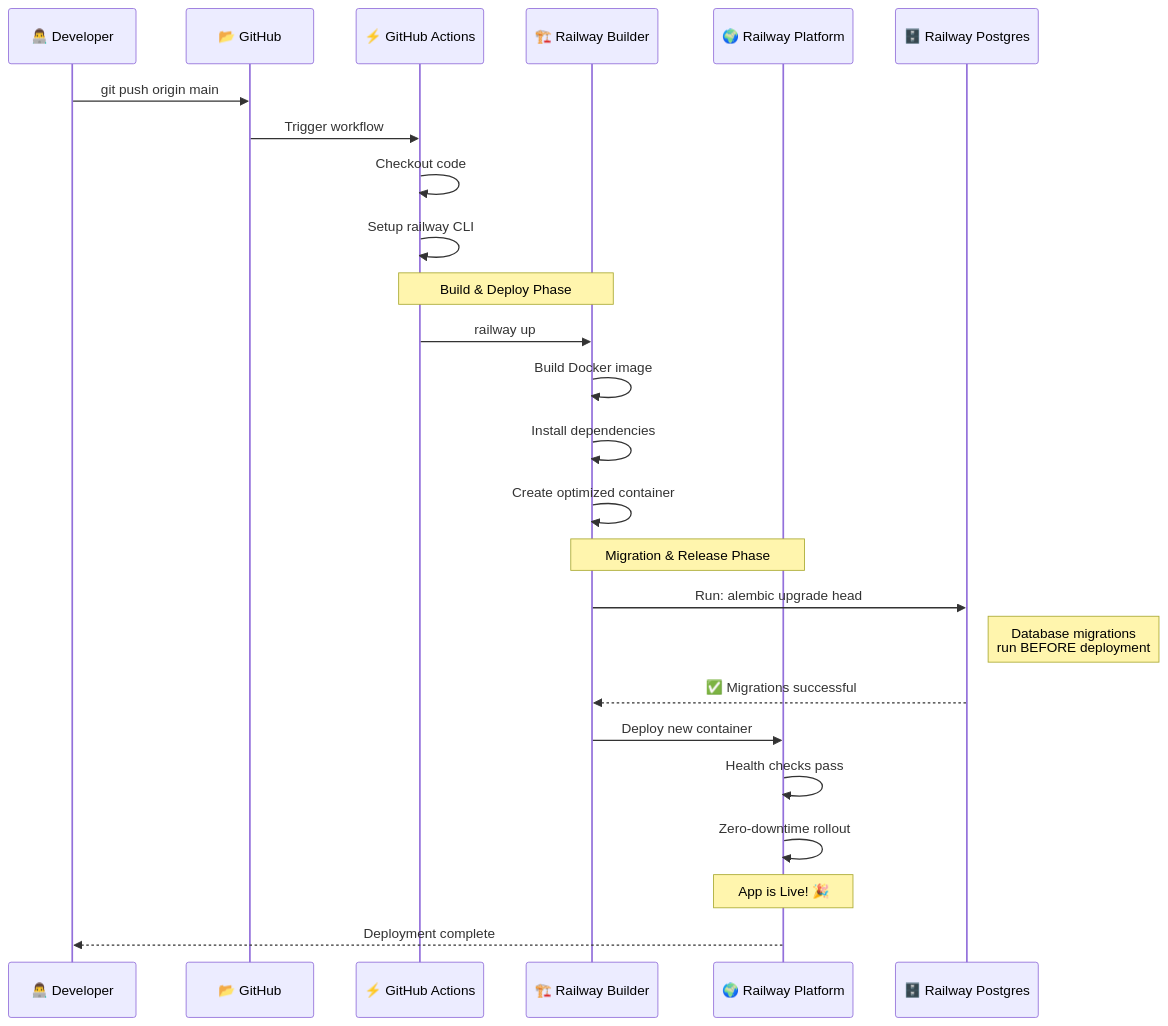
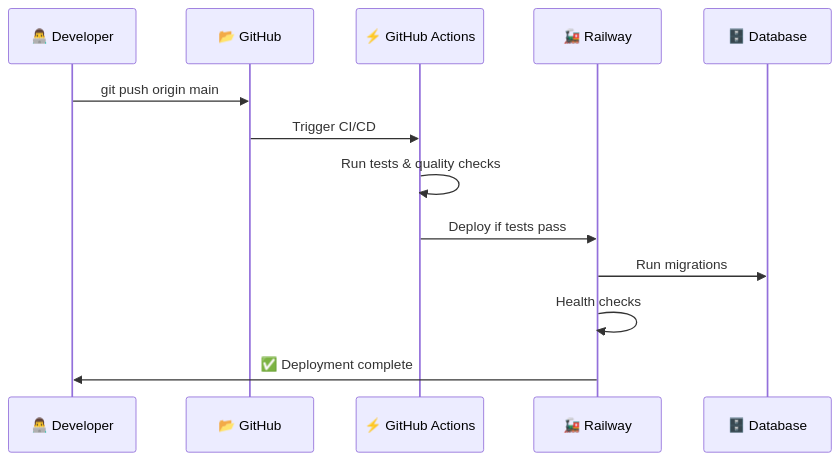
One commit to mariobrusarosco/better-call-buffet changed the second of 2 diagrams in README.md. Above: the diagram before and after it, drawn with Mermaid. The commit also changed other lines of this file and 2 other files, not shown here.

````diff
--- a/README.md
+++ b/README.md
@@ -112,32 +212,16 @@
 ```mermaid
 sequenceDiagram
     participant Dev as 👨‍💻 Developer
     participant GH as 📂 GitHub
     participant GA as ⚡ GitHub Actions
-    participant RB as 🏗️ Railway Builder
-    participant RP as 🌍 Railway Platform
-    participant DB as 🗄️ Railway Postgres
+    participant Railway as 🚂 Railway
+    participant DB as 🗄️ Database
 
     Dev->>GH: git push origin main
-    GH->>GA: Trigger workflow
-    GA->>GA: Checkout code
-    GA->>GA: Setup railway CLI
-    
-    Note over GA,RB: Build & Deploy Phase
-    GA->>RB: railway up
-    RB->>RB: Build Docker image
-    RB->>RB: Install dependencies
-    RB->>RB: Create optimized container
-    
-    Note over RB,RP: Migration & Release Phase
-    RB->>DB: Run: alembic upgrade head
-    Note right of DB: Database migrations<br/>run BEFORE deployment
-    DB-->>RB: ✅ Migrations successful
-    
-    RB->>RP: Deploy new container
-    RP->>RP: Health checks pass
-    RP->>RP: Zero-downtime rollout
-    
-    Note over RP: App is Live! 🎉
-    RP-->>Dev: Deployment complete
+    GH->>GA: Trigger CI/CD
+    GA->>GA: Run tests & quality checks
+    GA->>Railway: Deploy if tests pass
+    Railway->>DB: Run migrations
+    Railway->>Railway: Health checks
+    Railway->>Dev: ✅ Deployment complete
 ```
````
